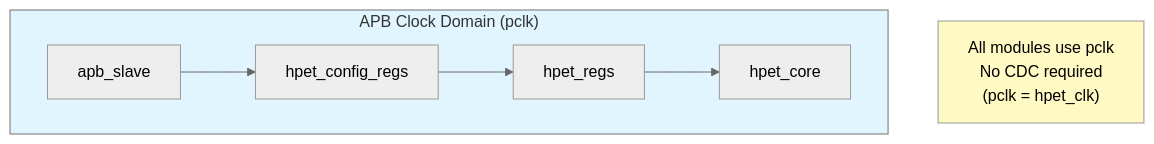
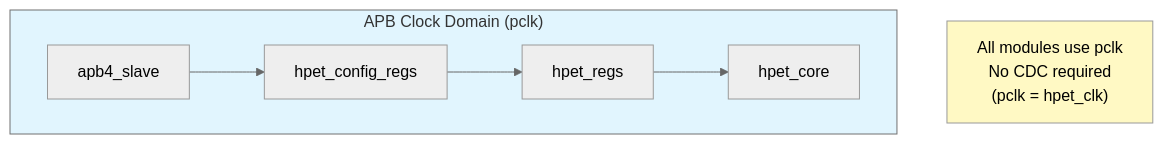
The diagram in projects/components/retro_legacy_blocks/docs/hpet_mas/assets/mermaid/hpet_sync_mode.mmd (sean-galloway/RTLDesignSherpa), drawn with Mermaid before and after one commit. The commit also changed 486 other files, not shown here.

```diff
--- a/projects/components/retro_legacy_blocks/docs/hpet_mas/assets/mermaid/hpet_sync_mode.mmd
+++ b/projects/components/retro_legacy_blocks/docs/hpet_mas/assets/mermaid/hpet_sync_mode.mmd
@@ -1,17 +1,17 @@
 %%{init: {'theme': 'neutral'}}%%
 flowchart TB
     subgraph PCLK["APB Clock Domain (pclk)"]
-        APB[apb_slave]
+        APB[apb4_slave]
         CFG[hpet_config_regs]
         REGS[hpet_regs]
         CORE[hpet_core]
     end
 
     APB --> CFG
     CFG --> REGS
     REGS --> CORE
 
     NOTE["All modules use pclk<br/>No CDC required<br/>(pclk = hpet_clk)"]
 
     style PCLK fill:#e1f5fe
     style NOTE fill:#fff9c4
```
